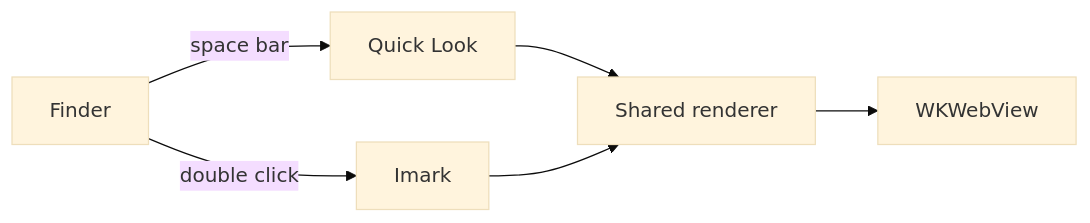
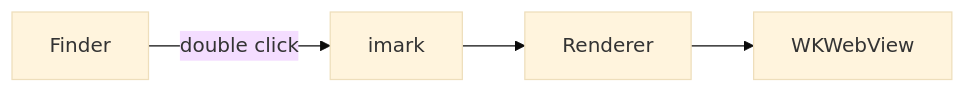
Before and after one commit to nelsonuhan/imark: the first of 2 diagrams in testdata/showcase.md, drawn with Mermaid (base theme). The commit also changed other lines of this file and 2 other files, not shown here.

Commit message:
Update testdata for removed tabs, wiki-links, and Quick Look
Replaces [[wiki-link]] syntax with plain relative markdown links (the
feature that's left for local navigation), and drops the Quick-Look-
specific diagram and feature-table rows.

````diff
--- a/testdata/showcase.md
+++ b/testdata/showcase.md
@@ -60,8 +60,6 @@
 ```mermaid
 graph LR
-  A[Finder] -->|space bar| B[Quick Look]
-  A -->|double click| C[Imark]
-  B --> D[Shared renderer]
-  C --> D
-  D --> E[WKWebView]
+  A[Finder] -->|double click| B[imark]
+  B --> C[Renderer]
+  C --> D[WKWebView]
 ```
````
